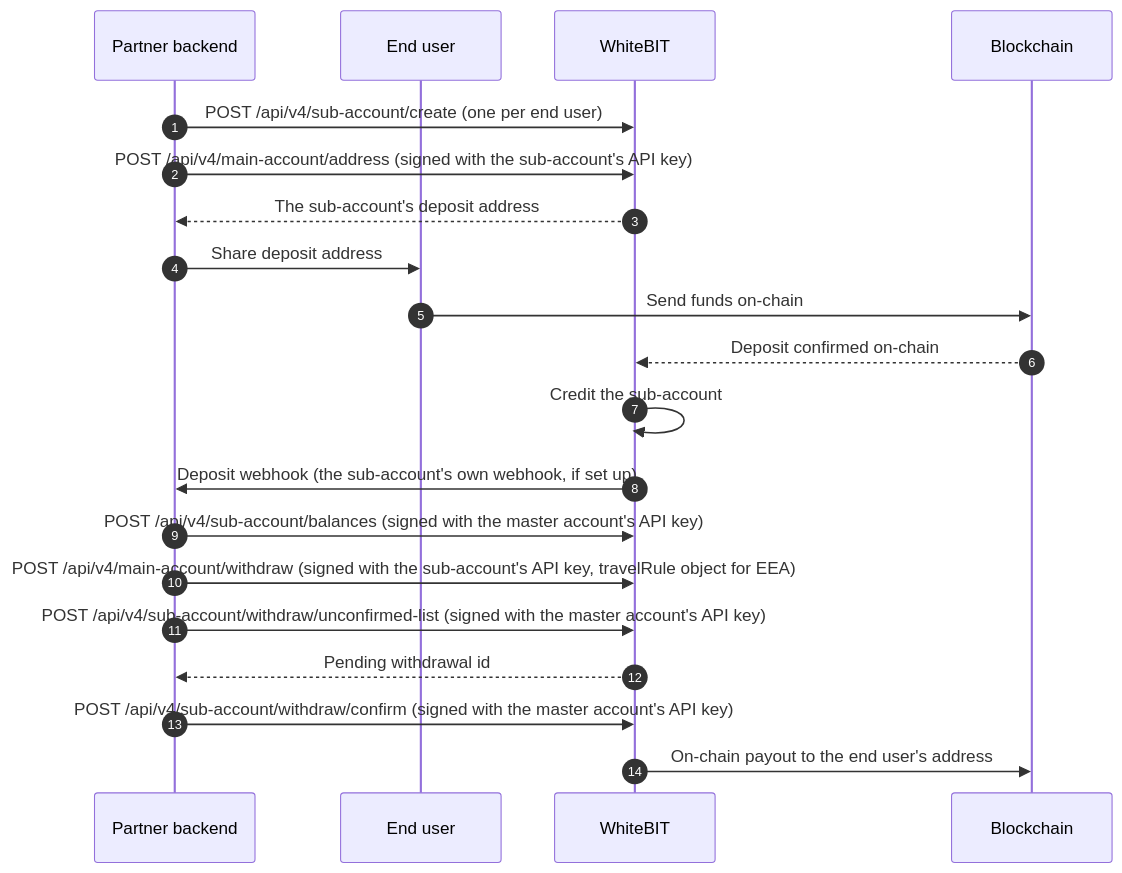
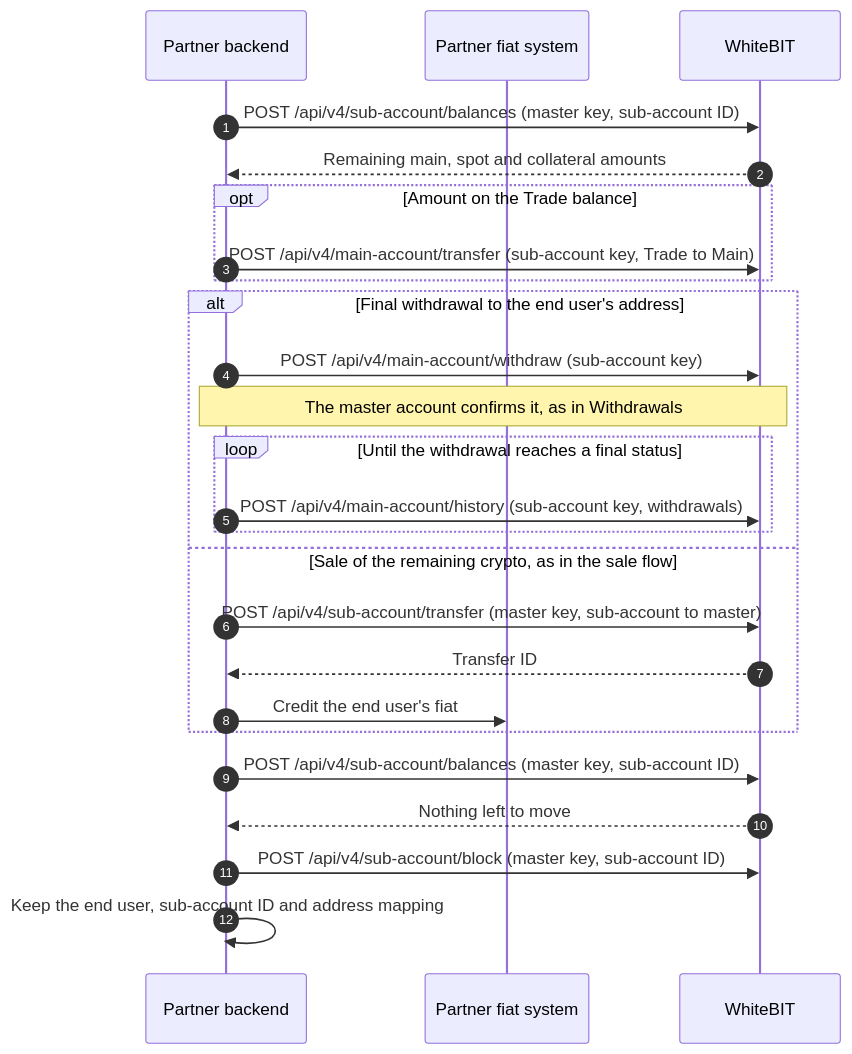
The sixth of 6 diagrams in guides/waas-integration.mdx (whitebit-exchange/docs), drawn with Mermaid before and after one commit. The commit also changed other lines of this file and 1 other file, not shown here.

Commit message:
docs(guide): add WaaS flow diagrams

````diff
--- a/guides/waas-integration.mdx
+++ b/guides/waas-integration.mdx
@@ -51,23 +264,28 @@
 ```mermaid
 sequenceDiagram
     autonumber
     participant P as Partner backend
-    participant U as End user
+    participant F as Partner fiat system
     participant W as WhiteBIT
-    participant B as Blockchain
 
-    P->>W: POST /api/v4/sub-account/create (one per end user)
-    P->>W: POST /api/v4/main-account/address (signed with the sub-account's API key)
-    W-->>P: The sub-account's deposit address
-    P->>U: Share deposit address
-    U->>B: Send funds on-chain
-    B-->>W: Deposit confirmed on-chain
-    W->>W: Credit the sub-account
-    W->>P: Deposit webhook (the sub-account's own webhook, if set up)
-    P->>W: POST /api/v4/sub-account/balances (signed with the master account's API key)
-    P->>W: POST /api/v4/main-account/withdraw (signed with the sub-account's API key, travelRule object for EEA)
-    P->>W: POST /api/v4/sub-account/withdraw/unconfirmed-list (signed with the master account's API key)
-    W-->>P: Pending withdrawal id
-    P->>W: POST /api/v4/sub-account/withdraw/confirm (signed with the master account's API key)
-    W->>B: On-chain payout to the end user's address
+    P->>W: POST /api/v4/sub-account/balances (master key, sub-account ID)
+    W-->>P: Remaining main, spot and collateral amounts
+    opt Amount on the Trade balance
+        P->>W: POST /api/v4/main-account/transfer (sub-account key, Trade to Main)
+    end
+    alt Final withdrawal to the end user's address
+        P->>W: POST /api/v4/main-account/withdraw (sub-account key)
+        Note over P,W: The master account confirms it, as in Withdrawals
+        loop Until the withdrawal reaches a final status
+            P->>W: POST /api/v4/main-account/history (sub-account key, withdrawals)
+        end
+    else Sale of the remaining crypto, as in the sale flow
+        P->>W: POST /api/v4/sub-account/transfer (master key, sub-account to master)
+        W-->>P: Transfer ID
+        P->>F: Credit the end user's fiat
+    end
+    P->>W: POST /api/v4/sub-account/balances (master key, sub-account ID)
+    W-->>P: Nothing left to move
+    P->>W: POST /api/v4/sub-account/block (master key, sub-account ID)
+    P->>P: Keep the end user, sub-account ID and address mapping
 ```
````
